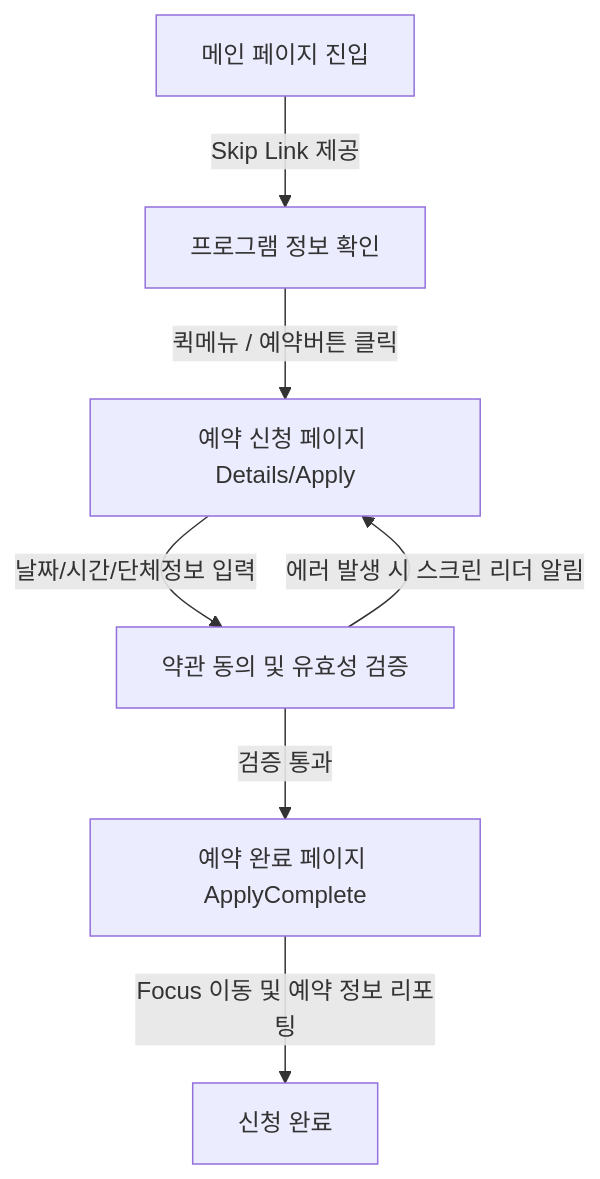
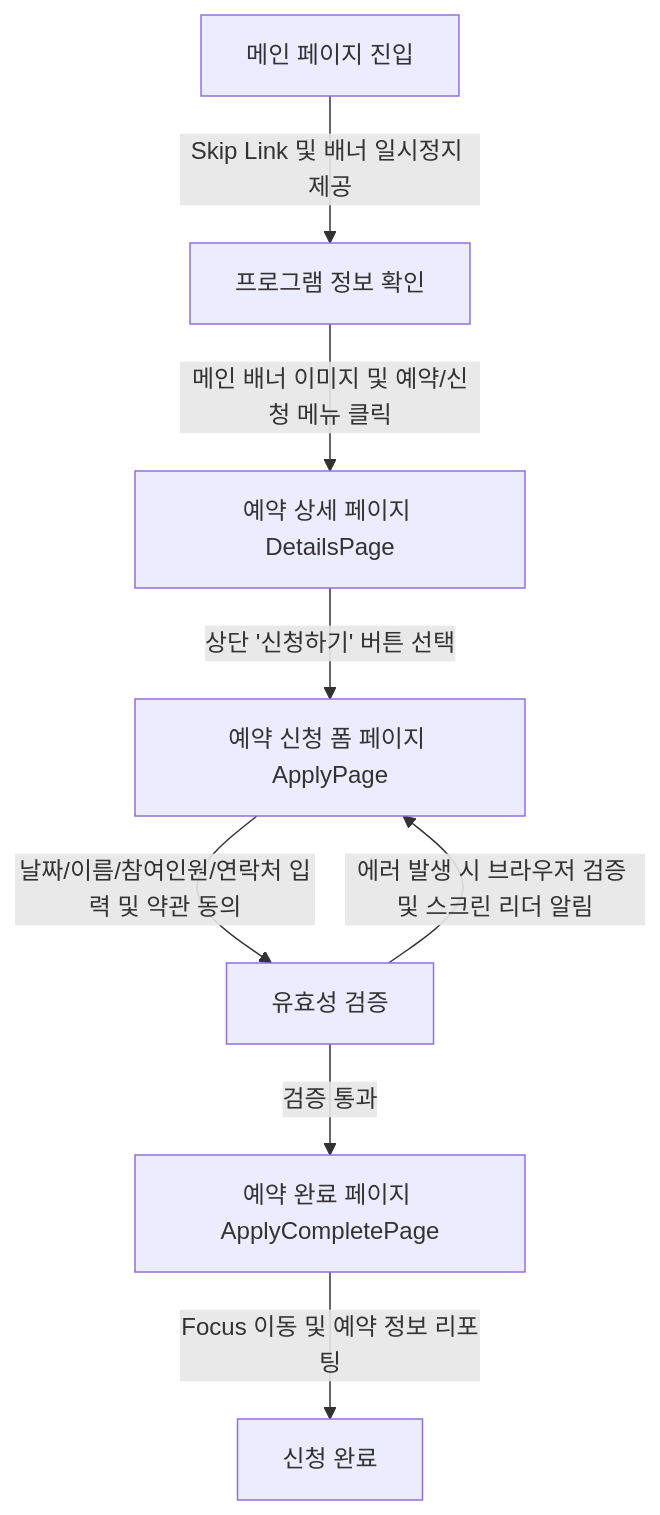
The diagram in README.md (whgus118/museumofart), drawn with Mermaid before and after one commit. The commit also changed other lines of this file, not shown here.

````diff
--- a/README.md
+++ b/README.md
@@ -45,9 +45,10 @@
 ```mermaid
 graph TD
-    A[메인 페이지 진입] -->|Skip Link 제공| B[프로그램 정보 확인]
-    B -->|퀵메뉴 / 예약버튼 클릭| C[예약 신청 페이지 Details/Apply]
-    C -->|날짜/시간/단체정보 입력| D[약관 동의 및 유효성 검증]
-    D -->|에러 발생 시 스크린 리더 알림| C
-    D -->|검증 통과| E[예약 완료 페이지 ApplyComplete]
-    E -->|Focus 이동 및 예약 정보 리포팅| F[신청 완료]
+    A[메인 페이지 진입] -->|Skip Link 및 배너 일시정지 제공| B[프로그램 정보 확인]
+    B -->|메인 배너 이미지 및 예약/신청 메뉴 클릭| C[예약 상세 페이지 DetailsPage]
+    C -->|상단 '신청하기' 버튼 선택| D[예약 신청 폼 페이지 ApplyPage]
+    D -->|날짜/이름/참여인원/연락처 입력 및 약관 동의| E[유효성 검증]
+    E -->|에러 발생 시 브라우저 검증 및 스크린 리더 알림| D
+    E -->|검증 통과| F[예약 완료 페이지 ApplyCompletePage]
+    F -->|Focus 이동 및 예약 정보 리포팅| G[신청 완료]
 ```
````
